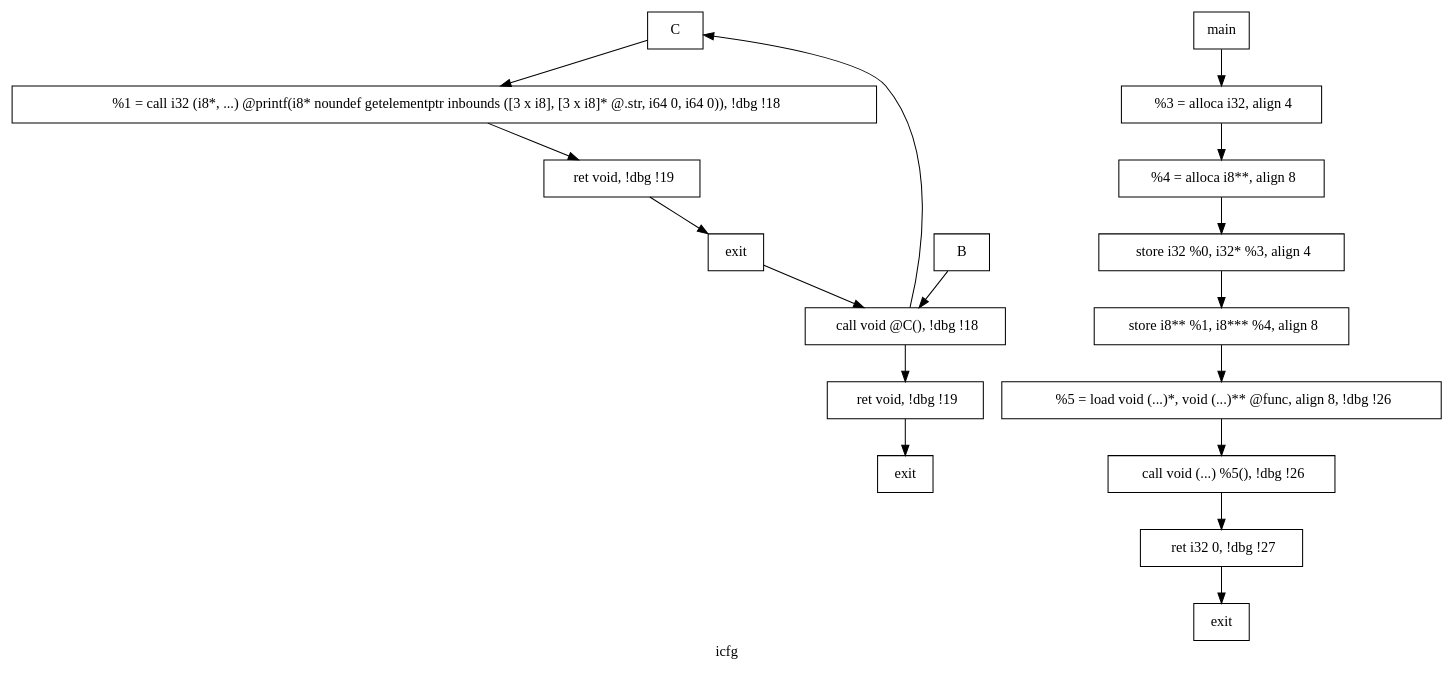
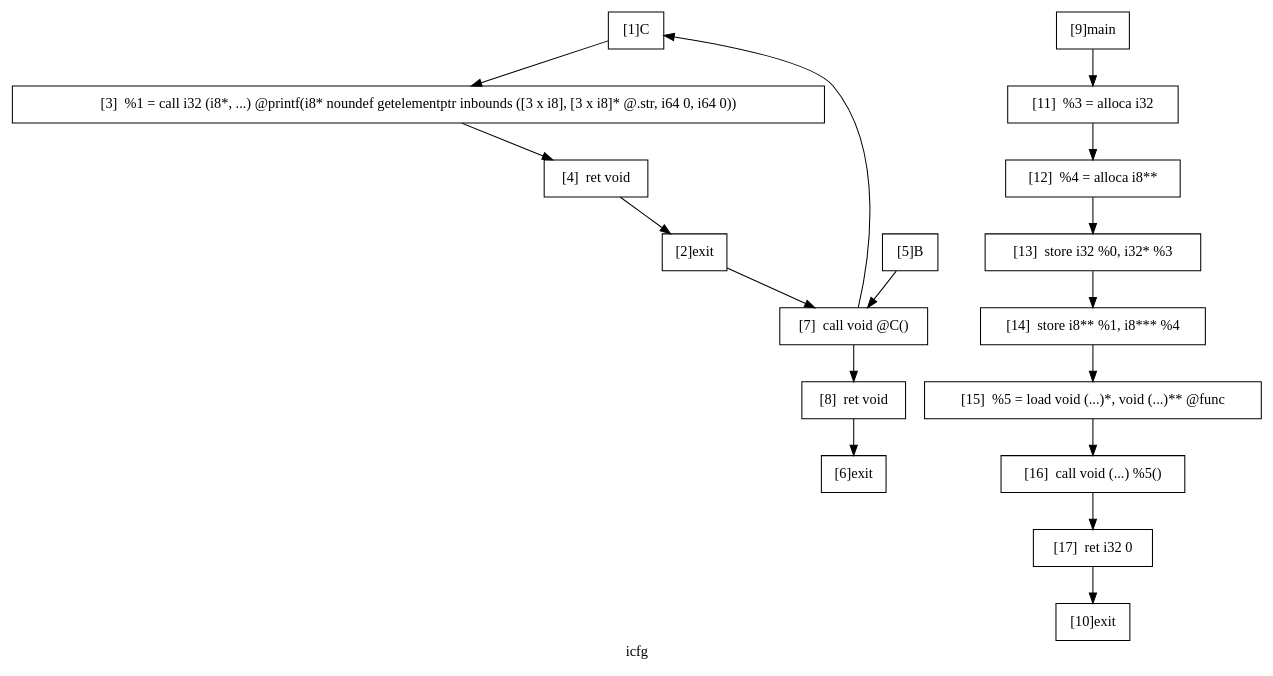
One commit to Mike-Wilson22/Program-Analysis changed the diagram in pa_template/benchmark/bench4/icfg.dot. Above: the diagram before and after it, drawn with Graphviz. The commit also changed 149 other files, not shown here.

```diff
--- a/pa_template/benchmark/bench4/icfg.dot
+++ b/pa_template/benchmark/bench4/icfg.dot
@@ -1,42 +1,42 @@
 digraph "icfg"{
 	label="icfg";
 
 
 	// Define the nodes
-	N1 [shape=rectangle, color=black,label="C"];
-	N2 [shape=rectangle, color=black,label="exit"];
-	N3 [shape=rectangle, color=black,label="  %1 = call i32 (i8*, ...) @printf(i8* noundef getelementptr inbounds ([3 x i8], [3 x i8]* @.str, i64 0, i64 0)), !dbg !18"];
-	N4 [shape=rectangle, color=black,label="  ret void, !dbg !19"];
-	N5 [shape=rectangle, color=black,label="B"];
-	N6 [shape=rectangle, color=black,label="exit"];
-	N7 [shape=rectangle, color=black,label="  call void @C(), !dbg !18"];
-	N8 [shape=rectangle, color=black,label="  ret void, !dbg !19"];
-	N9 [shape=rectangle, color=black,label="main"];
-	N10 [shape=rectangle, color=black,label="exit"];
-	N11 [shape=rectangle, color=black,label="  %3 = alloca i32, align 4"];
-	N12 [shape=rectangle, color=black,label="  %4 = alloca i8**, align 8"];
-	N13 [shape=rectangle, color=black,label="  store i32 %0, i32* %3, align 4"];
-	N14 [shape=rectangle, color=black,label="  store i8** %1, i8*** %4, align 8"];
-	N15 [shape=rectangle, color=black,label="  %5 = load void (...)*, void (...)** @func, align 8, !dbg !26"];
-	N16 [shape=rectangle, color=black,label="  call void (...) %5(), !dbg !26"];
-	N17 [shape=rectangle, color=black,label="  ret i32 0, !dbg !27"];
+	N1 [shape=rectangle, color=black,label="[1]C"];
+	N2 [shape=rectangle, color=black,label="[2]exit"];
+	N3 [shape=rectangle, color=black,label="[3]  %1 = call i32 (i8*, ...) @printf(i8* noundef getelementptr inbounds ([3 x i8], [3 x i8]* @.str, i64 0, i64 0))"];
+	N4 [shape=rectangle, color=black,label="[4]  ret void"];
+	N5 [shape=rectangle, color=black,label="[5]B"];
+	N6 [shape=rectangle, color=black,label="[6]exit"];
+	N7 [shape=rectangle, color=black,label="[7]  call void @C()"];
+	N8 [shape=rectangle, color=black,label="[8]  ret void"];
+	N9 [shape=rectangle, color=black,label="[9]main"];
+	N10 [shape=rectangle, color=black,label="[10]exit"];
+	N11 [shape=rectangle, color=black,label="[11]  %3 = alloca i32"];
+	N12 [shape=rectangle, color=black,label="[12]  %4 = alloca i8**"];
+	N13 [shape=rectangle, color=black,label="[13]  store i32 %0, i32* %3"];
+	N14 [shape=rectangle, color=black,label="[14]  store i8** %1, i8*** %4"];
+	N15 [shape=rectangle, color=black,label="[15]  %5 = load void (...)*, void (...)** @func"];
+	N16 [shape=rectangle, color=black,label="[16]  call void (...) %5()"];
+	N17 [shape=rectangle, color=black,label="[17]  ret i32 0"];
 
 
 	// Define the edges
 	N1 -> N3[color=black,label=""];
 	N2 -> N7[color=black,label=""];
 	N3 -> N4[color=black,label=""];
 	N4 -> N2[color=black,label=""];
 	N5 -> N7[color=black,label=""];
 	N7 -> N1[color=black,label=""];
 	N7 -> N8[color=black,label=""];
 	N8 -> N6[color=black,label=""];
 	N9 -> N11[color=black,label=""];
 	N11 -> N12[color=black,label=""];
 	N12 -> N13[color=black,label=""];
 	N13 -> N14[color=black,label=""];
 	N14 -> N15[color=black,label=""];
 	N15 -> N16[color=black,label=""];
 	N16 -> N17[color=black,label=""];
 	N17 -> N10[color=black,label=""];
 }
```
